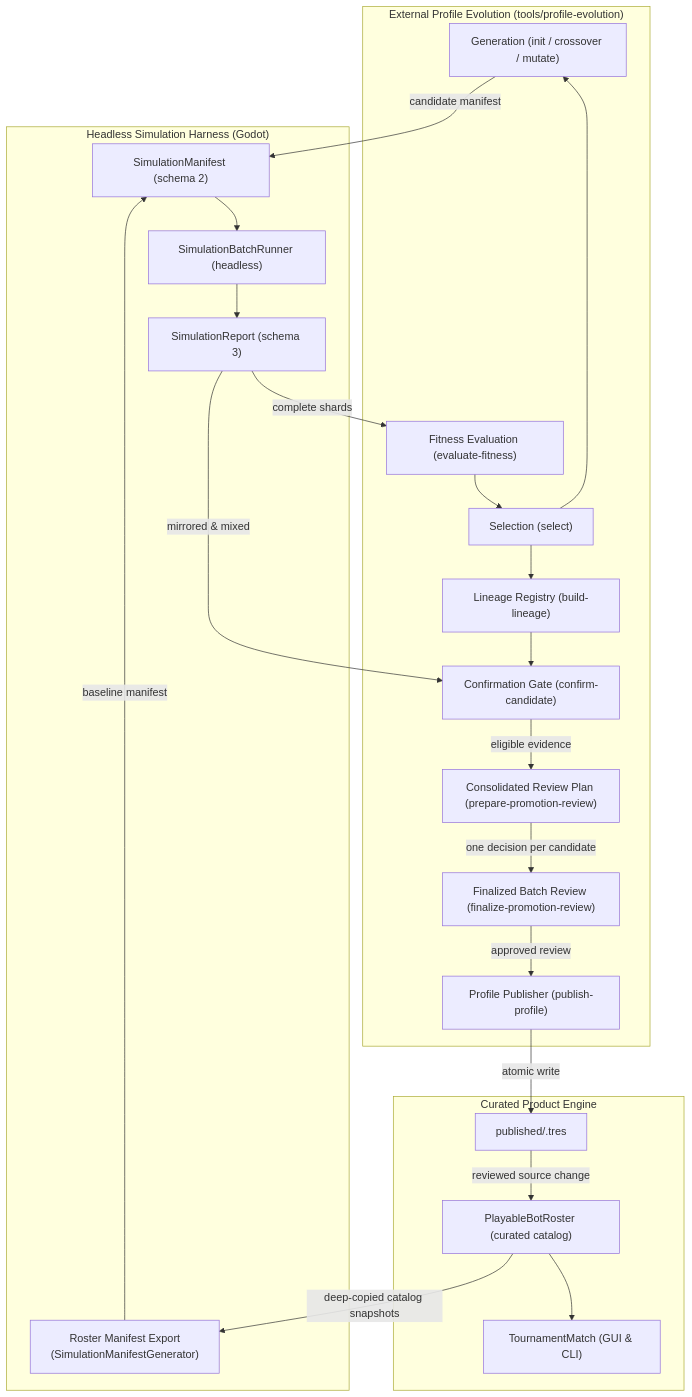
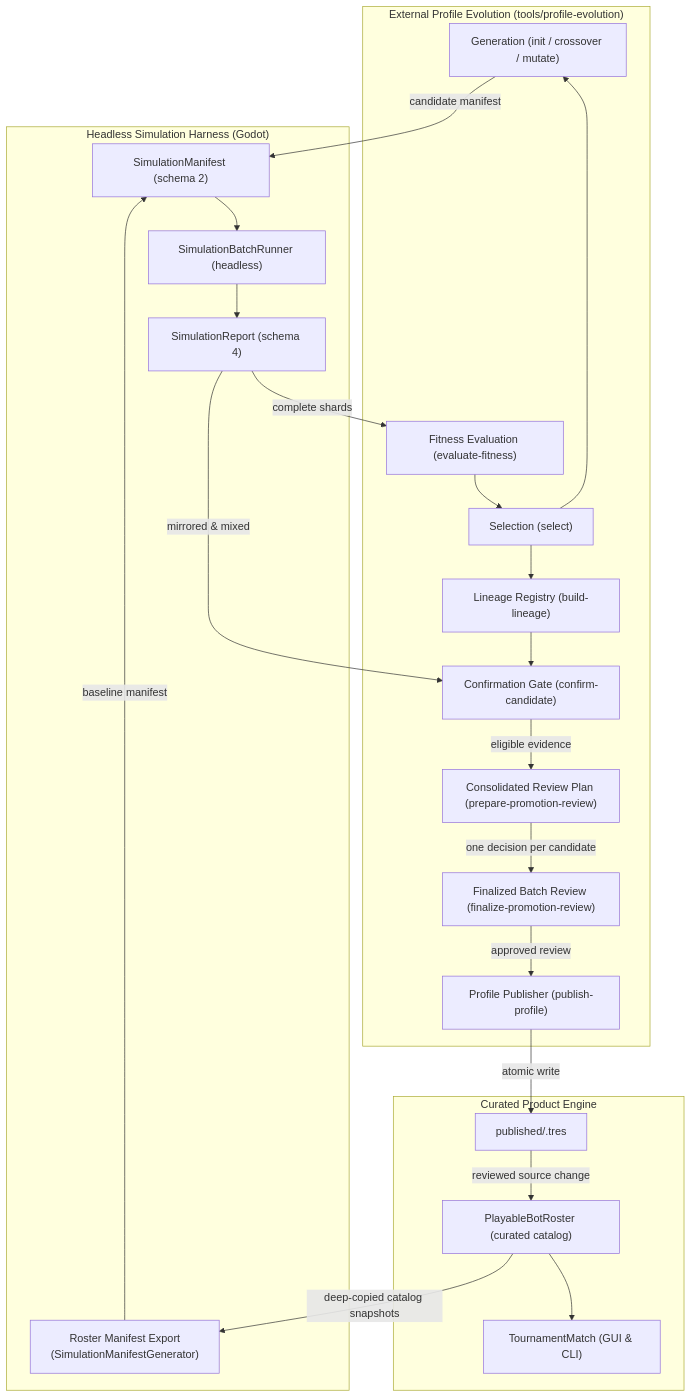
Before and after one commit to rofferdal/pokahdot: the third of 3 diagrams in devdocs/reference/architecture.md, drawn with Mermaid. The commit also changed other lines of this file and 46 other files, not shown here.

````diff
--- a/devdocs/reference/architecture.md
+++ b/devdocs/reference/architecture.md
@@ -275,44 +275,44 @@
 ```mermaid
 flowchart TD
     subgraph PythonWorkflow["External Profile Evolution (tools/profile-evolution)"]
         GEN["Generation (init / crossover / mutate)"]
         FIT["Fitness Evaluation (evaluate-fitness)"]
         SEL["Selection (select)"]
         LIN["Lineage Registry (build-lineage)"]
         CONF["Confirmation Gate (confirm-candidate)"]
         PLAN["Consolidated Review Plan (prepare-promotion-review)"]
         REV["Finalized Batch Review (finalize-promotion-review)"]
         PUB["Profile Publisher (publish-profile)"]
     end
 
     subgraph SimulationHarness["Headless Simulation Harness (Godot)"]
         EXP["Roster Manifest Export\n(SimulationManifestGenerator)"]
         MAN["SimulationManifest (schema 2)"]
         RUN["SimulationBatchRunner (headless)"]
-        REP["SimulationReport (schema 3)"]
+        REP["SimulationReport (schema 4)"]
     end
 
     subgraph ProductCore["Curated Product Engine"]
         RES["published/<candidate>.tres"]
         PBR["PlayableBotRoster (curated catalog)"]
         MATCH["TournamentMatch (GUI & CLI)"]
     end
 
     PBR -->|deep-copied catalog snapshots| EXP
     EXP -->|baseline manifest| MAN
     GEN -->|candidate manifest| MAN
     MAN --> RUN
     RUN --> REP
     REP -->|complete shards| FIT
     FIT --> SEL
     SEL --> GEN
     SEL --> LIN
     LIN --> CONF
     REP -->|mirrored & mixed| CONF
     CONF -->|eligible evidence| PLAN
     PLAN -->|one decision per candidate| REV
     REV -->|approved review| PUB
     PUB -->|atomic write| RES
     RES -->|reviewed source change| PBR
     PBR --> MATCH
 ```
````
